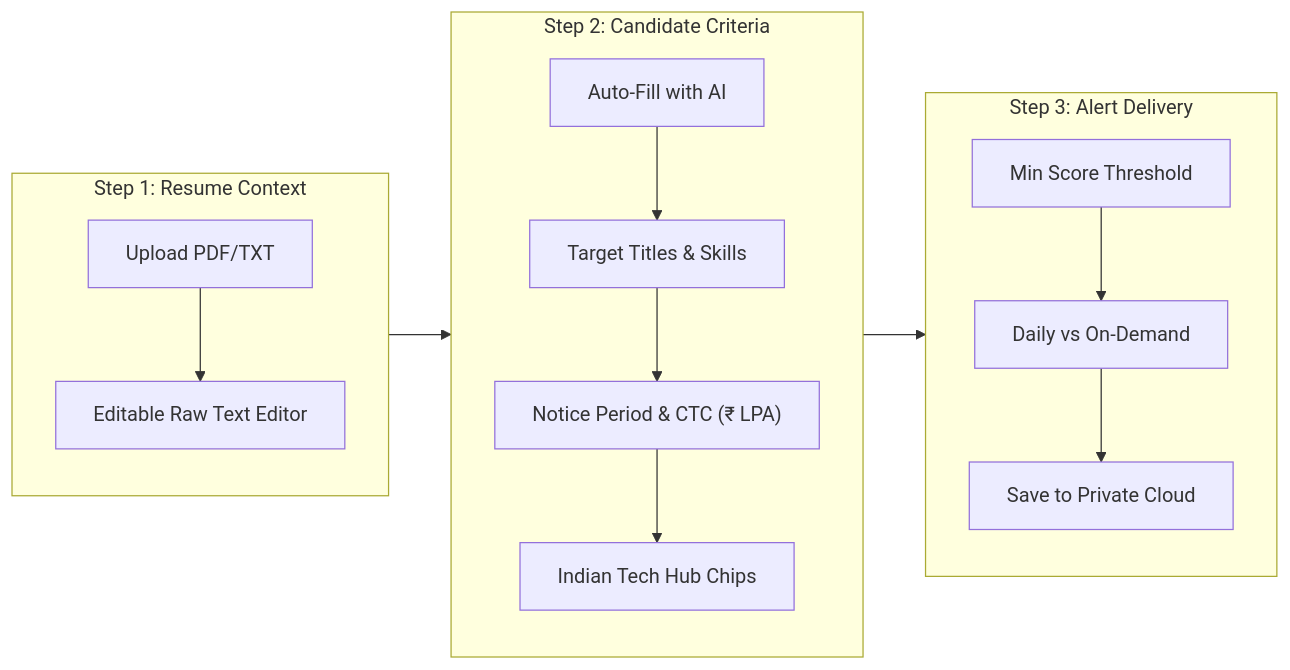
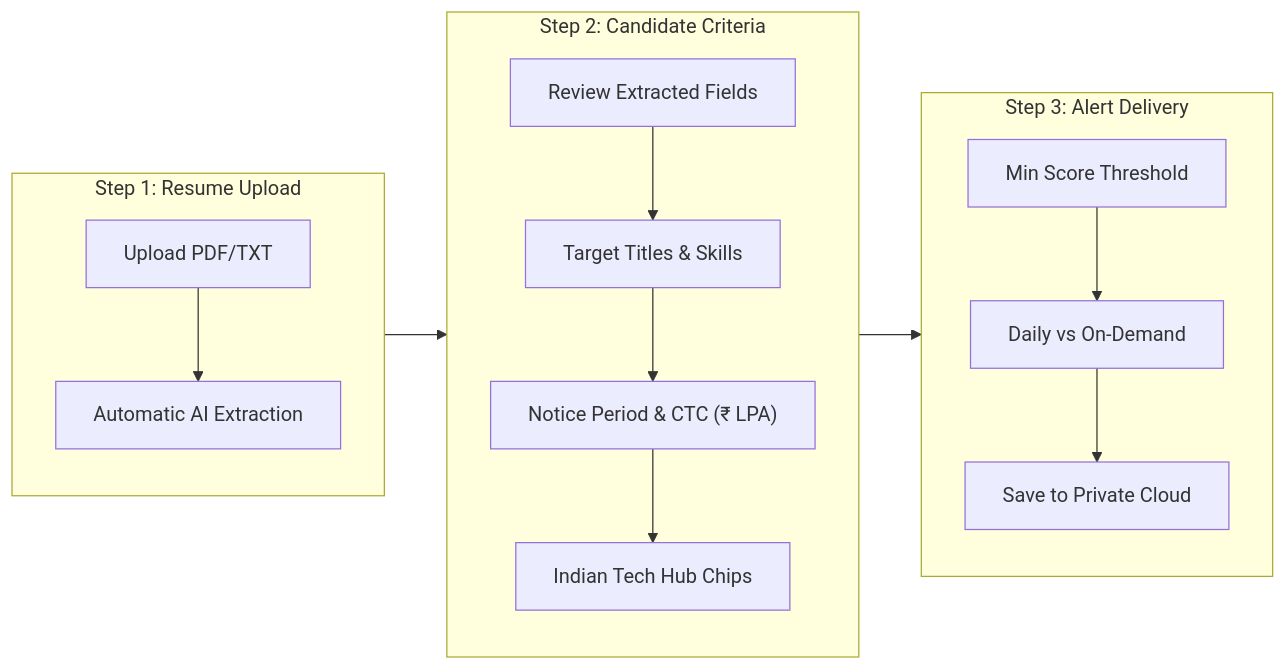
The third of 3 diagrams in docs/GUIDE.md (tanish-jain-225/job-hunter), drawn with Mermaid before and after one commit. The commit also changed other lines of this file and 44 other files, not shown here.

````diff
--- a/docs/GUIDE.md
+++ b/docs/GUIDE.md
@@ -136,16 +136,16 @@
 ```mermaid
 flowchart LR
-    subgraph S1["Step 1: Resume Context"]
-        A["Upload PDF/TXT"] --> B["Editable Raw Text Editor"]
+    subgraph S1["Step 1: Resume Upload"]
+        A["Upload PDF/TXT"] --> B["Automatic AI Extraction"]
     end
     subgraph S2["Step 2: Candidate Criteria"]
-        C["Auto-Fill with AI"] --> D["Target Titles & Skills"]
+        C["Review Extracted Fields"] --> D["Target Titles & Skills"]
         D --> E["Notice Period & CTC (₹ LPA)"]
         E --> F["Indian Tech Hub Chips"]
     end
     subgraph S3["Step 3: Alert Delivery"]
         G["Min Score Threshold"] --> H["Daily vs On-Demand"]
         H --> I["Save to Private Cloud"]
     end
     S1 --> S2 --> S3
 ```
````
